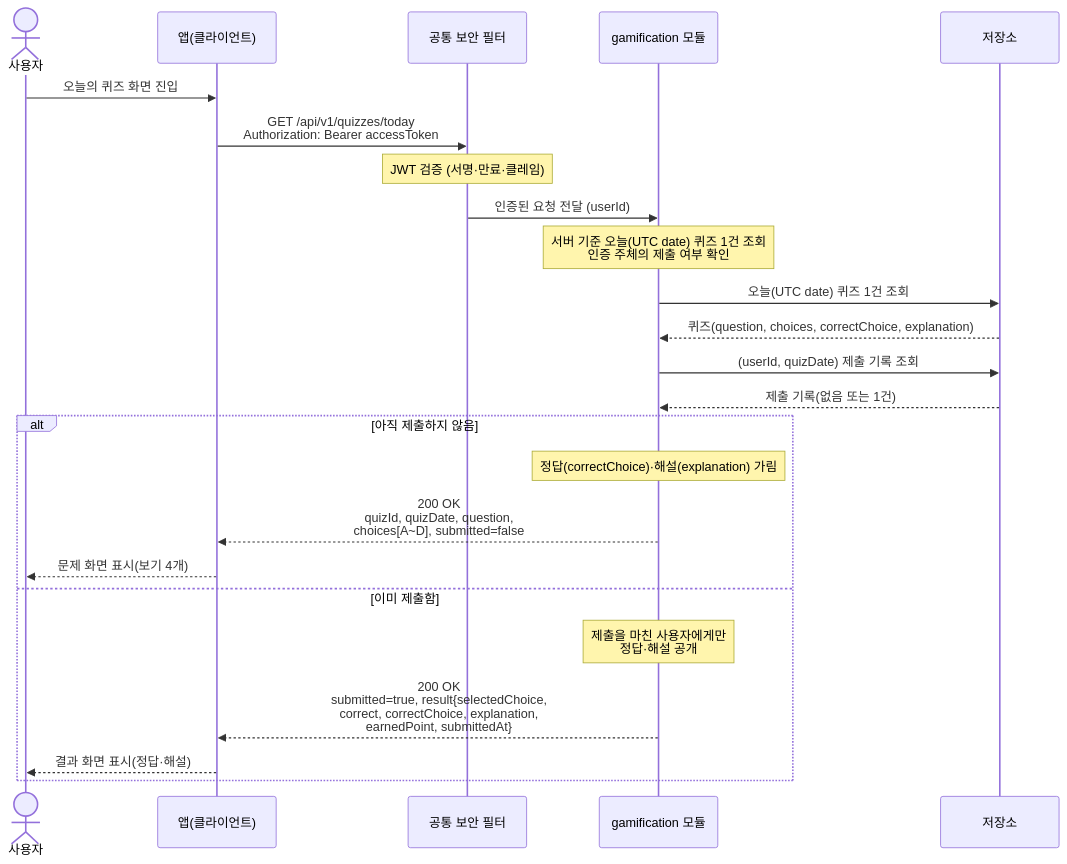
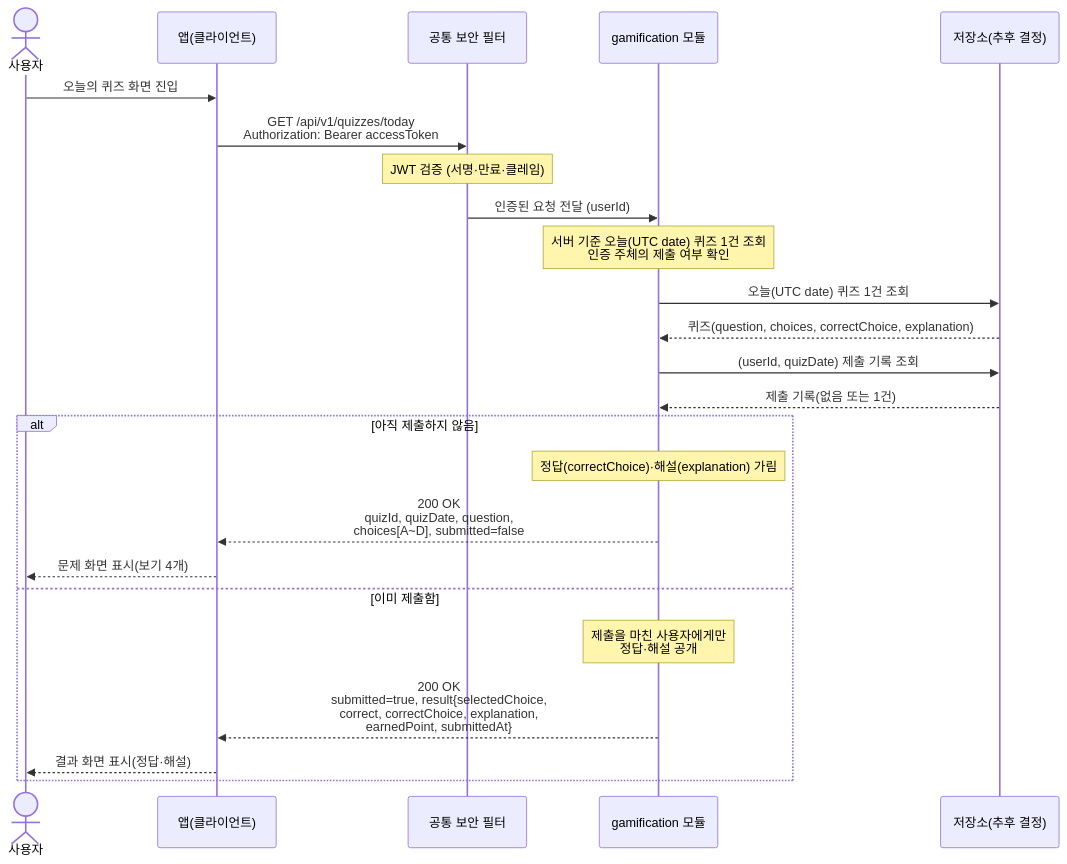
Before and after one commit to jameskim9509/Kohere-backend: the diagram in docs/architecture/sequence-diagrams/06-gamification/us-6-1-today-quiz.md, drawn with Mermaid. The commit also changed other lines of this file and 28 other files, not shown here.

First line of the commit message:
docs(architecture): 시퀀스 다이어그램에 폴리글랏 저장소 반영 (#24)

````diff
--- a/docs/architecture/sequence-diagrams/06-gamification/us-6-1-today-quiz.md
+++ b/docs/architecture/sequence-diagrams/06-gamification/us-6-1-today-quiz.md
@@ -5,28 +5,28 @@
 ```mermaid
 sequenceDiagram
     actor U as 사용자
     participant C as 앱(클라이언트)
     participant SEC as 공통 보안 필터
     participant GAME as gamification 모듈
-    participant DB as 저장소
+    participant DB as 저장소(추후 결정)
 
     U->>C: 오늘의 퀴즈 화면 진입
     C->>SEC: GET /api/v1/quizzes/today<br/>Authorization: Bearer accessToken
     Note over SEC: JWT 검증 (서명·만료·클레임)
     SEC->>GAME: 인증된 요청 전달 (userId)
     Note over GAME: 서버 기준 오늘(UTC date) 퀴즈 1건 조회<br/>인증 주체의 제출 여부 확인
     GAME->>DB: 오늘(UTC date) 퀴즈 1건 조회
     DB-->>GAME: 퀴즈(question, choices, correctChoice, explanation)
     GAME->>DB: (userId, quizDate) 제출 기록 조회
     DB-->>GAME: 제출 기록(없음 또는 1건)
 
     alt 아직 제출하지 않음
         Note over GAME: 정답(correctChoice)·해설(explanation) 가림
         GAME-->>C: 200 OK<br/>quizId, quizDate, question,<br/>choices[A~D], submitted=false
         C-->>U: 문제 화면 표시(보기 4개)
     else 이미 제출함
         Note over GAME: 제출을 마친 사용자에게만<br/>정답·해설 공개
         GAME-->>C: 200 OK<br/>submitted=true, result{selectedChoice,<br/>correct, correctChoice, explanation,<br/>earnedPoint, submittedAt}
         C-->>U: 결과 화면 표시(정답·해설)
     end
 ```
````
